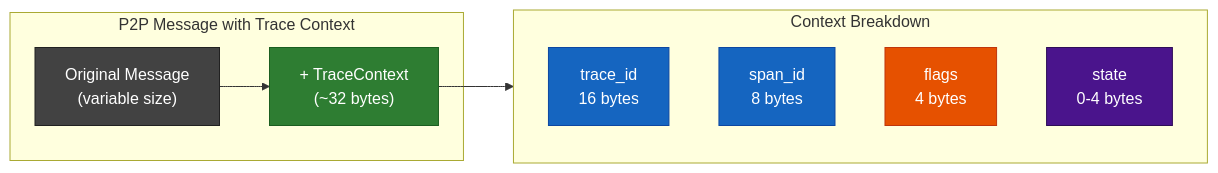
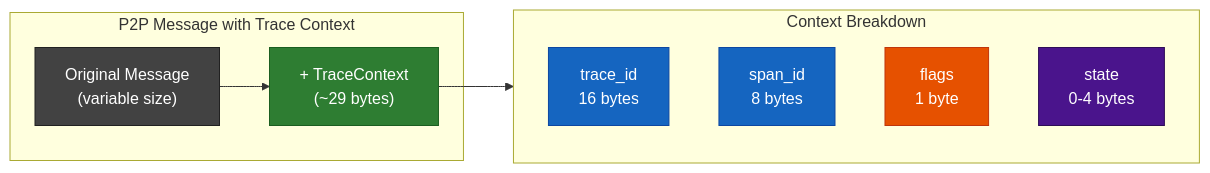
One commit to XRPLF/rippled changed the ninth of 14 diagrams in OpenTelemetryPlan/presentation.md. Above: the diagram before and after it, drawn with Mermaid. The commit also changed other lines of this file and 12 other files, not shown here.

````diff
--- a/OpenTelemetryPlan/presentation.md
+++ b/OpenTelemetryPlan/presentation.md
@@ -186,22 +424,22 @@
 ```mermaid
 flowchart LR
     subgraph msg["P2P Message with Trace Context"]
-        A["Original Message<br/>(variable size)"] --> B["+ TraceContext<br/>(~32 bytes)"]
+        A["Original Message<br/>(variable size)"] --> B["+ TraceContext<br/>(~29 bytes)"]
     end
 
     subgraph breakdown["Context Breakdown"]
         C["trace_id<br/>16 bytes"]
         D["span_id<br/>8 bytes"]
-        E["flags<br/>4 bytes"]
+        E["flags<br/>1 byte"]
         F["state<br/>0-4 bytes"]
     end
 
     B --> breakdown
 
     style A fill:#424242,stroke:#212121,color:#fff
     style B fill:#2e7d32,stroke:#1b5e20,color:#fff
     style C fill:#1565c0,stroke:#0d47a1,color:#fff
     style D fill:#1565c0,stroke:#0d47a1,color:#fff
     style E fill:#e65100,stroke:#bf360c,color:#fff
     style F fill:#4a148c,stroke:#2e0d57,color:#fff
 ```
````
